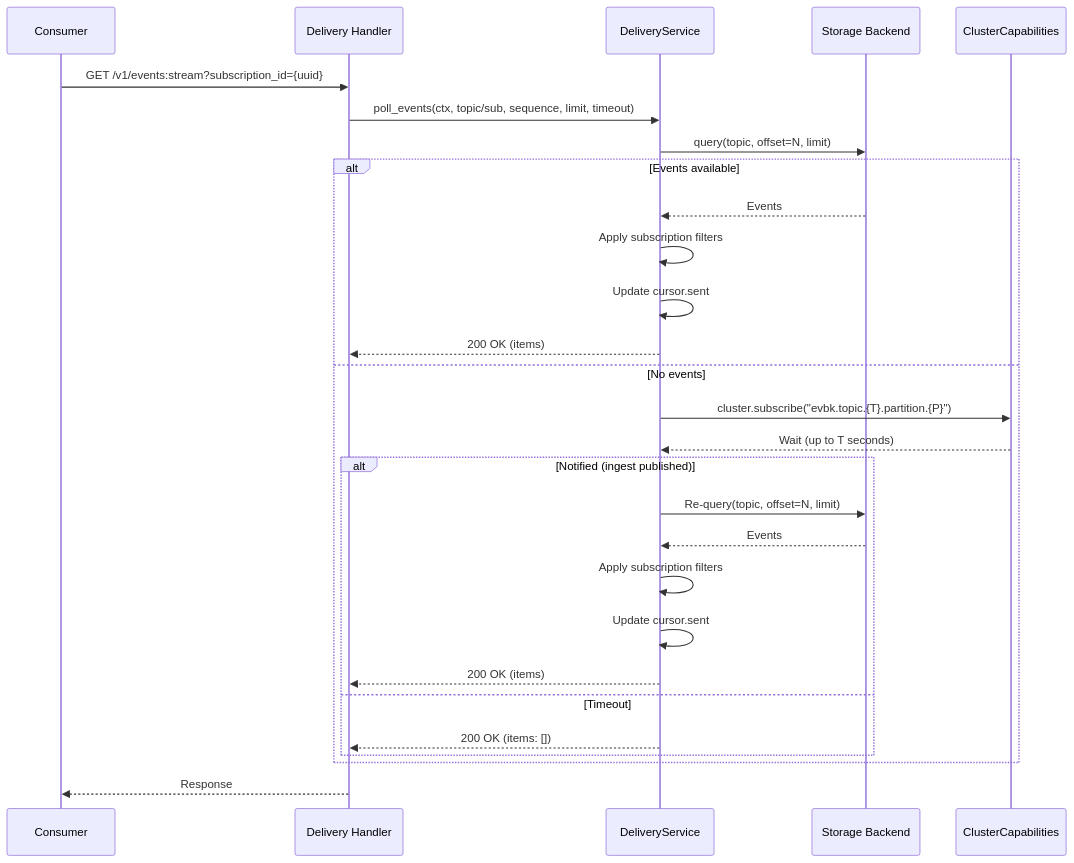
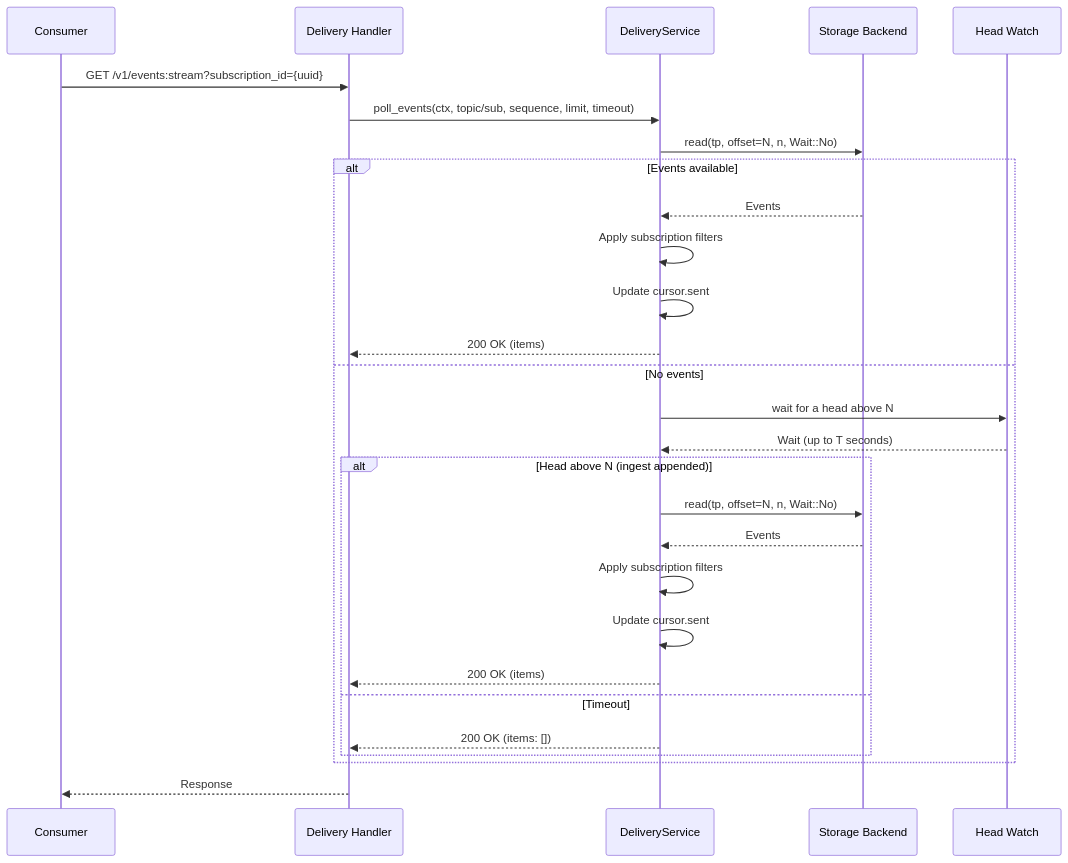
The fifth of 5 diagrams in gears/system/event-broker/docs/DESIGN.md (AndIConstructor/gears-rust), drawn with Mermaid before and after one commit. The commit also changed other lines of this file and 448 other files, not shown here.

````diff
--- a/gears/system/event-broker/docs/DESIGN.md
+++ b/gears/system/event-broker/docs/DESIGN.md
@@ -2134,31 +1903,31 @@
 ```mermaid
 sequenceDiagram
     participant C as Consumer
     participant API as Delivery Handler
     participant DS as DeliveryService
     participant SB as Storage Backend
-    participant CC as ClusterCapabilities
+    participant HC as Head Watch
 
     C->>API: GET /v1/events:stream?subscription_id={uuid}
     API->>DS: poll_events(ctx, topic/sub, sequence, limit, timeout)
-    DS->>SB: query(topic, offset=N, limit)
+    DS->>SB: read(tp, offset=N, n, Wait::No)
     alt Events available
         SB-->>DS: Events
         DS->>DS: Apply subscription filters
         DS->>DS: Update cursor.sent
         DS-->>API: 200 OK (items)
     else No events
-        DS->>CC: cluster.subscribe("evbk.topic.{T}.partition.{P}")
-        CC-->>DS: Wait (up to T seconds)
-        alt Notified (ingest published)
-            DS->>SB: Re-query(topic, offset=N, limit)
+        DS->>HC: wait for a head above N
+        HC-->>DS: Wait (up to T seconds)
+        alt Head above N (ingest appended)
+            DS->>SB: read(tp, offset=N, n, Wait::No)
             SB-->>DS: Events
             DS->>DS: Apply subscription filters
             DS->>DS: Update cursor.sent
             DS-->>API: 200 OK (items)
         else Timeout
             DS-->>API: 200 OK (items: [])
         end
     end
     API-->>C: Response
 ```
````
